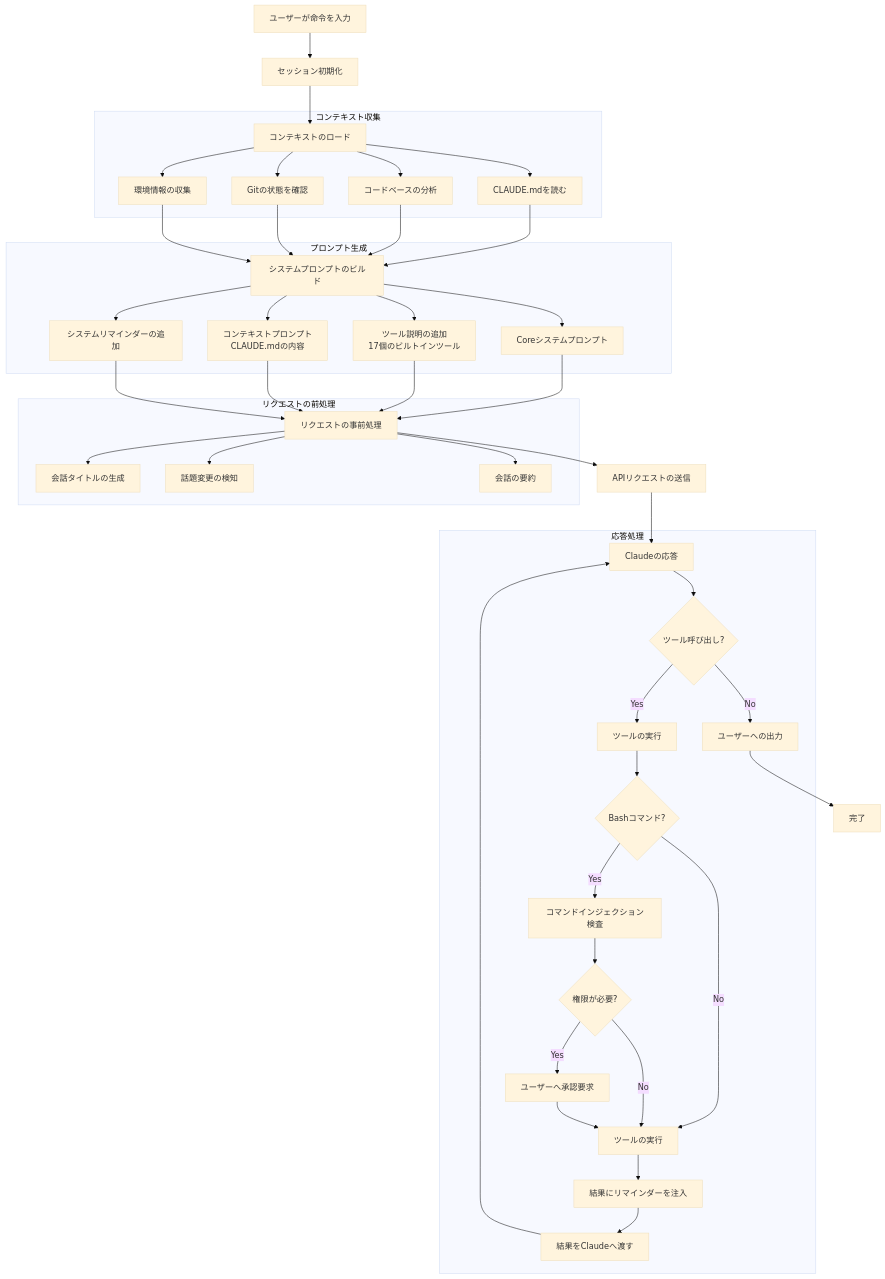
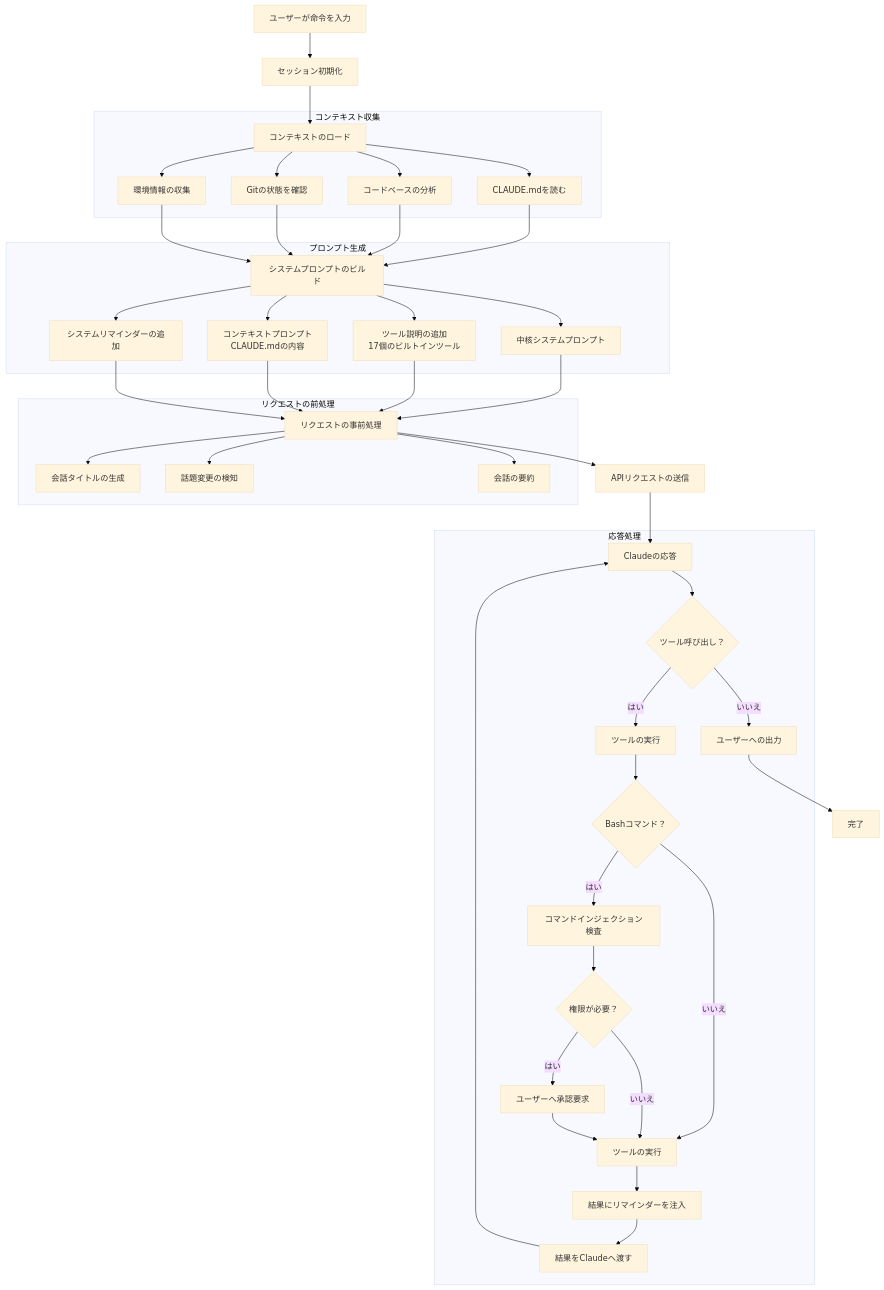
One commit to roboco-io/roboco-io.github.io changed the first of 7 diagrams in content/ja/posts/claude-code-deep-dive.md. Above: the diagram before and after it, drawn with Mermaid (base theme). The commit also changed other lines of this file and 23 other files, not shown here.

Commit message:
content: localize translated images and Japanese Mermaid diagrams

````diff
--- a/content/ja/posts/claude-code-deep-dive.md
+++ b/content/ja/posts/claude-code-deep-dive.md
@@ -51,60 +51,60 @@
 ```mermaid
 graph TB
     Start[ユーザーが命令を入力] --> Init[セッション初期化]
     Init --> LoadContext[コンテキストのロード]
     
     subgraph "コンテキスト収集"
         LoadContext --> ReadCLAUDE[CLAUDE.mdを読む]
         LoadContext --> ReadCode[コードベースの分析]
         LoadContext --> ReadGit[Gitの状態を確認]
         LoadContext --> ReadEnv[環境情報の収集]
     end
     
     subgraph "プロンプト生成"
         ReadCLAUDE --> BuildPrompt[システムプロンプトのビルド]
         ReadCode --> BuildPrompt
         ReadGit --> BuildPrompt
         ReadEnv --> BuildPrompt
         
-        BuildPrompt --> CorePrompt[Coreシステムプロンプト]
+        BuildPrompt --> CorePrompt[中核システムプロンプト]
         BuildPrompt --> ToolDesc[ツール説明の追加<br/>17個のビルトインツール]
         BuildPrompt --> ContextPrompt[コンテキストプロンプト<br/>CLAUDE.mdの内容]
         BuildPrompt --> Reminders[システムリマインダーの追加]
     end
     
     subgraph "リクエストの前処理"
         CorePrompt --> PreProcess[リクエストの事前処理]
         ToolDesc --> PreProcess
         ContextPrompt --> PreProcess
         Reminders --> PreProcess
         
         PreProcess --> TitleGen[会話タイトルの生成]
         PreProcess --> TopicCheck[話題変更の検知]
         PreProcess --> ConvSummary[会話の要約]
     end
     
     PreProcess --> SendAPI[APIリクエストの送信]
     SendAPI --> Response[Claudeの応答]
     
     subgraph "応答処理"
-        Response --> ToolCall{ツール呼び出し?}
-        ToolCall -->|Yes| ExecuteTool[ツールの実行]
-        ToolCall -->|No| Output[ユーザーへの出力]
+        Response --> ToolCall{ツール呼び出し？}
+        ToolCall -->|はい| ExecuteTool[ツールの実行]
+        ToolCall -->|いいえ| Output[ユーザーへの出力]
         
-        ExecuteTool --> BashCheck{Bashコマンド?}
-        BashCheck -->|Yes| CmdCheck[コマンドインジェクション検査]
-        BashCheck -->|No| ToolExec[ツールの実行]
+        ExecuteTool --> BashCheck{Bashコマンド？}
+        BashCheck -->|はい| CmdCheck[コマンドインジェクション検査]
+        BashCheck -->|いいえ| ToolExec[ツールの実行]
         
-        CmdCheck --> Permission{権限が必要?}
-        Permission -->|Yes| AskUser[ユーザーへ承認要求]
-        Permission -->|No| ToolExec
+        CmdCheck --> Permission{権限が必要？}
+        Permission -->|はい| AskUser[ユーザーへ承認要求]
+        Permission -->|いいえ| ToolExec
         AskUser --> ToolExec
         
         ToolExec --> InjectReminder[結果にリマインダーを注入]
         InjectReminder --> SendBack[結果をClaudeへ渡す]
         SendBack --> Response
     end
     
     Output --> End[完了]
 
 ```
````
